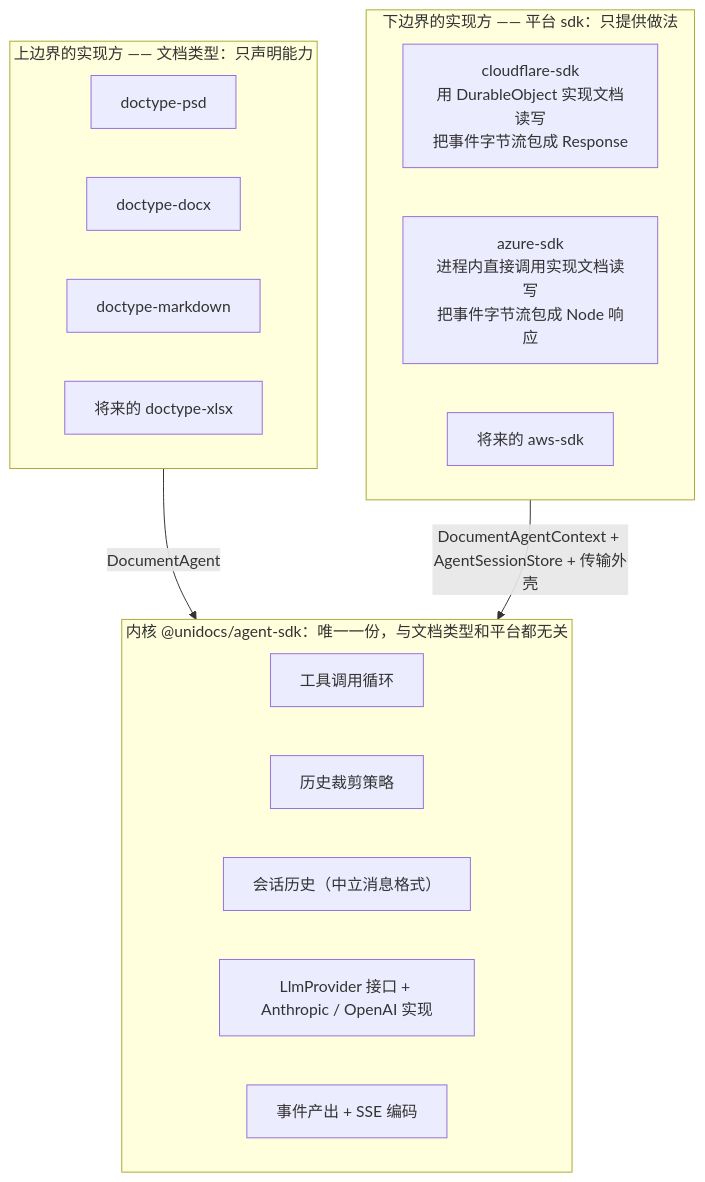
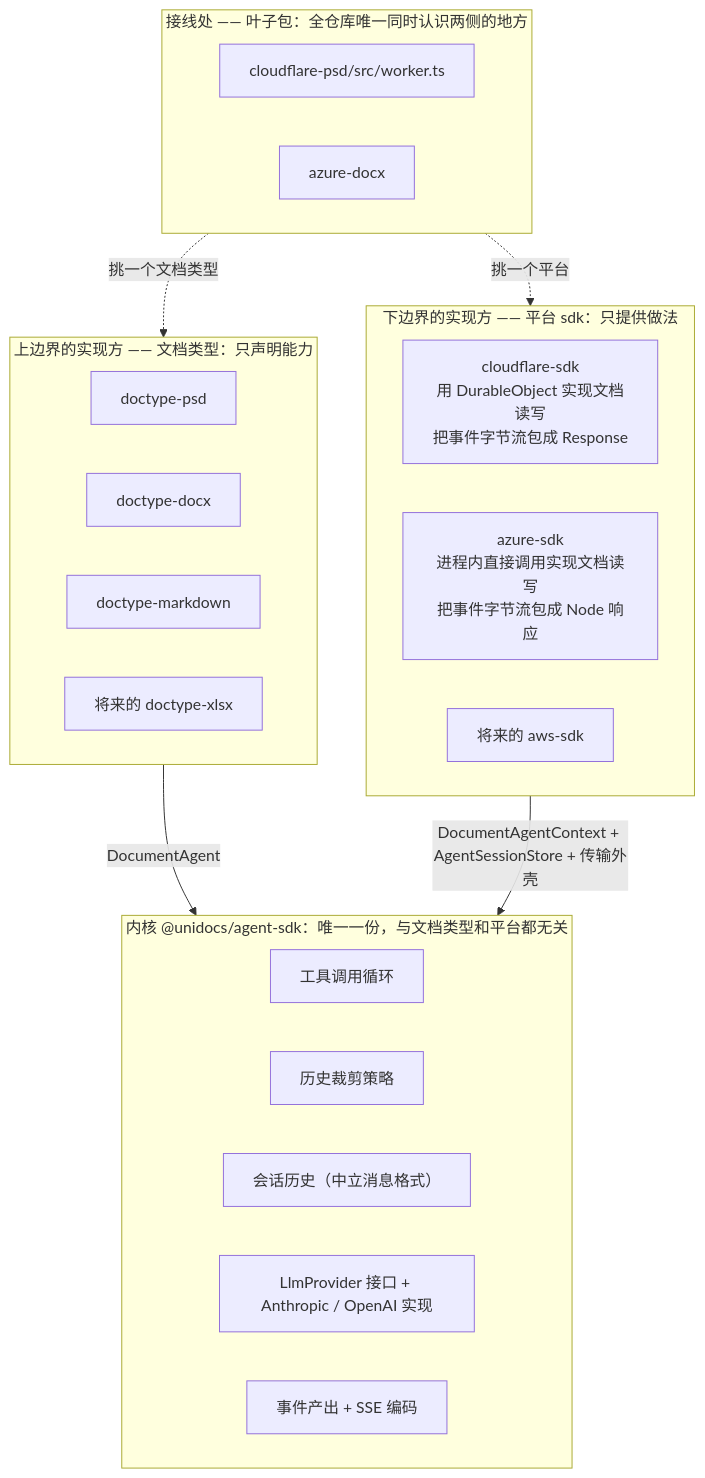
One commit to shazhou-ww/unidocs changed the third of 15 diagrams in docs/superpowers/specs/2026-08-26-agent-sdk-design.md. Above: the diagram before and after it, drawn with Mermaid. The commit also changed other lines of this file, not shown here.

First line of the commit message:
docs(agent-sdk): 修正 4.2 依赖图,平台 sdk 不依赖任何文档类型

````diff
--- a/docs/superpowers/specs/2026-08-26-agent-sdk-design.md
+++ b/docs/superpowers/specs/2026-08-26-agent-sdk-design.md
@@ -176,26 +176,33 @@
 ```mermaid
 flowchart TB
     subgraph L1["上边界的实现方 —— 文档类型：只声明能力"]
         A1["doctype-psd"]
         A2["doctype-docx"]
         A3["doctype-markdown"]
         A4["将来的 doctype-xlsx"]
     end
 
     subgraph L2["内核 @unidocs/agent-sdk：唯一一份，与文档类型和平台都无关"]
         B1["工具调用循环"]
         B2["历史裁剪策略"]
         B3["会话历史（中立消息格式）"]
         B4["LlmProvider 接口 + Anthropic / OpenAI 实现"]
         B5["事件产出 + SSE 编码"]
     end
 
     subgraph L3["下边界的实现方 —— 平台 sdk：只提供做法"]
         C1["cloudflare-sdk<br/>用 DurableObject 实现文档读写<br/>把事件字节流包成 Response"]
         C2["azure-sdk<br/>进程内直接调用实现文档读写<br/>把事件字节流包成 Node 响应"]
         C3["将来的 aws-sdk"]
     end
 
+    subgraph L4["接线处 —— 叶子包：全仓库唯一同时认识两侧的地方"]
+        D1["cloudflare-psd/src/worker.ts"]
+        D2["azure-docx"]
+    end
+
     L1 -->|"DocumentAgent"| L2
     L3 -->|"DocumentAgentContext + AgentSessionStore + 传输外壳"| L2
+    L4 -.->|"挑一个文档类型"| L1
+    L4 -.->|"挑一个平台"| L3
 ```
````
